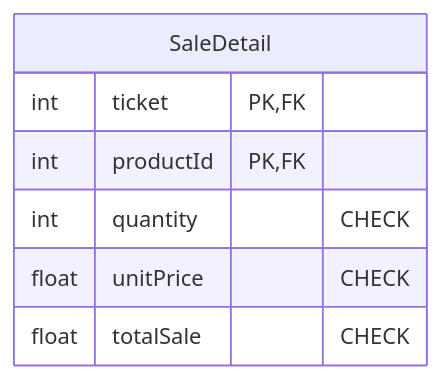
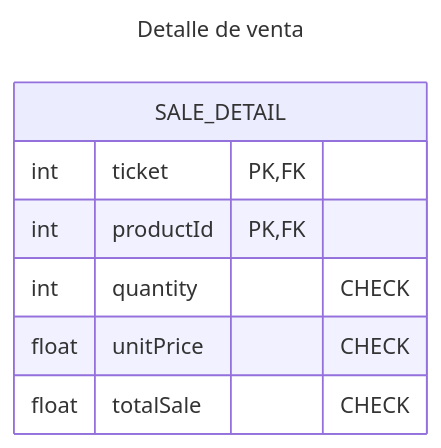
Before and after one commit to rosendocamal/homeworks: diagram 29 of 30 in 4to-Cuatrimestre/fundamentos-base-datos/proyecto/proyecto.md, drawn with Mermaid. The commit also changed other lines of this file and 1 other file, not shown here.

````diff
--- a/4to-Cuatrimestre/fundamentos-base-datos/proyecto/proyecto.md
+++ b/4to-Cuatrimestre/fundamentos-base-datos/proyecto/proyecto.md
@@ -507,10 +537,13 @@
 ```mermaid
+---
+title: Detalle de venta
+---
 erDiagram
-	SaleDetail {
+	SALE_DETAIL {
 		int ticket PK,FK
 		int productId PK,FK
 		int quantity "CHECK"
 		float unitPrice "CHECK"
 		float totalSale "CHECK"
 	}
 ```
````
